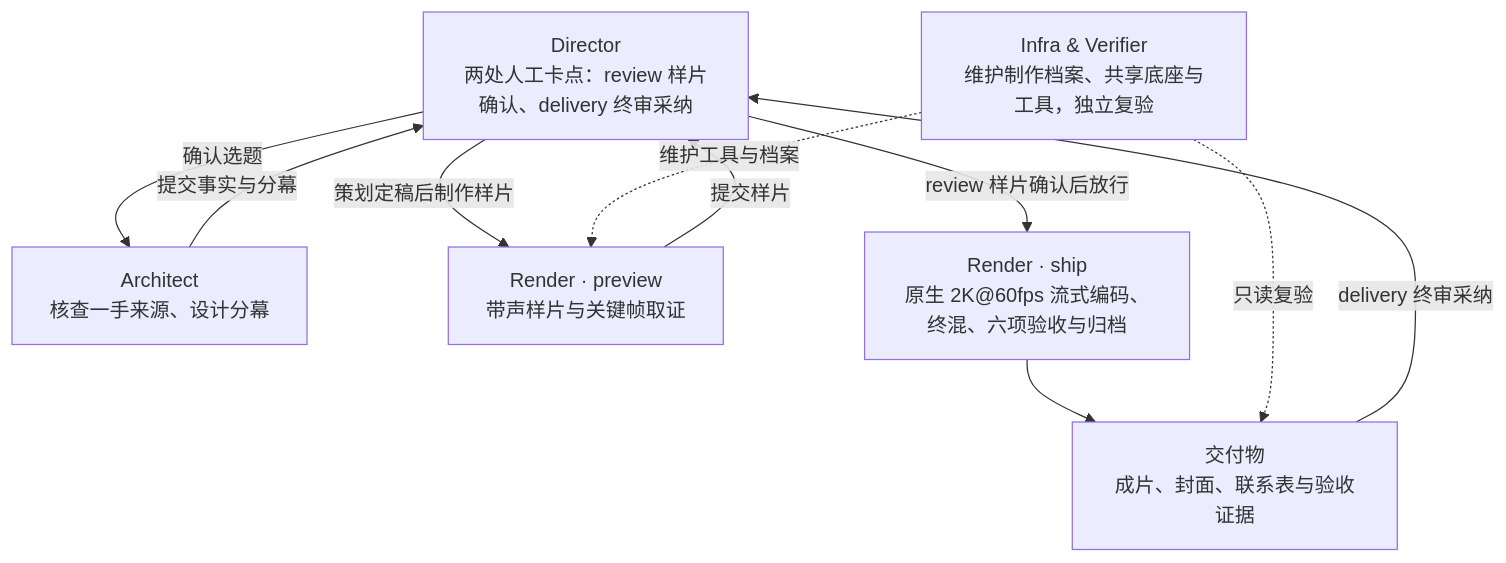
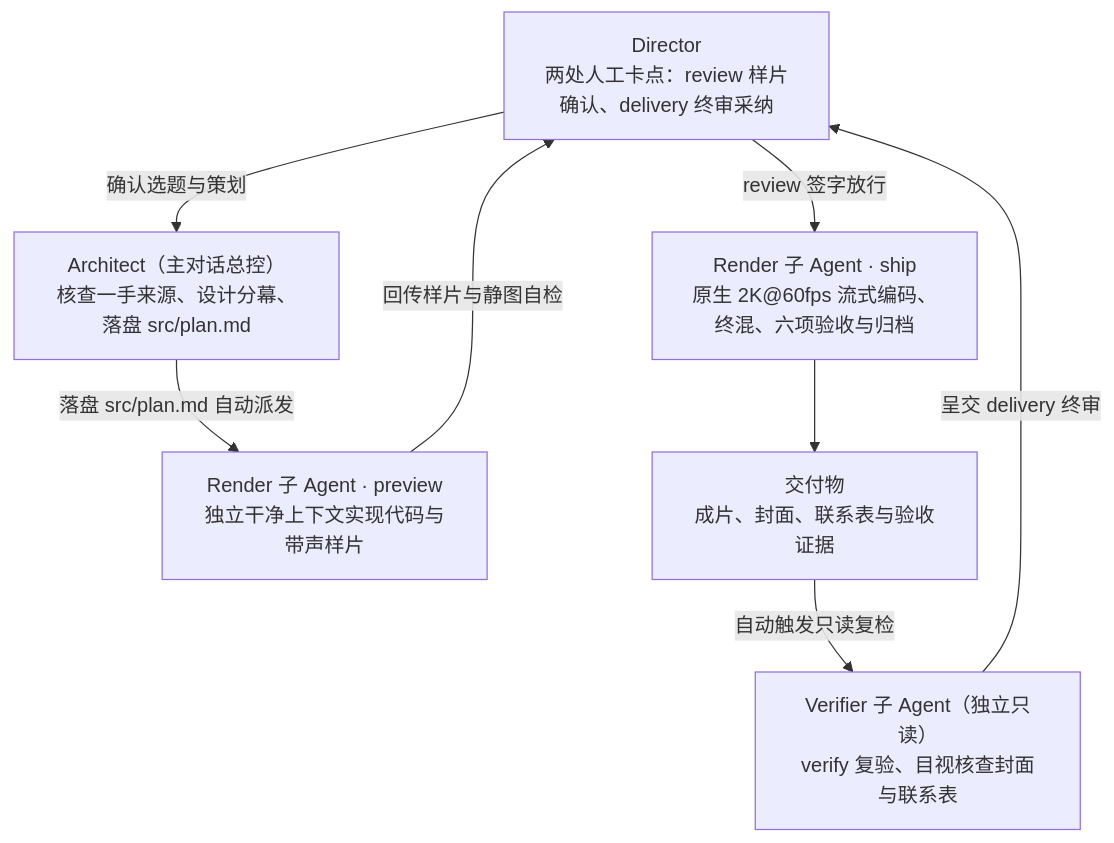
Before and after one commit to Heersley/MakeYourVideo: the diagram in README.md, drawn with Mermaid. The commit also changed other lines of this file and 11 other files, not shown here.

````diff
--- a/README.md
+++ b/README.md
@@ -11,18 +11,16 @@
 ```mermaid
 flowchart TB
     U["Director<br/>两处人工卡点：review 样片确认、delivery 终审采纳"]
-    A["Architect<br/>核查一手来源、设计分幕"]
-    P["Render · preview<br/>带声样片与关键帧取证"]
-    S["Render · ship<br/>原生 2K@60fps 流式编码、终混、六项验收与归档"]
-    I["Infra & Verifier<br/>维护制作档案、共享底座与工具，独立复验"]
+    A["Architect（主对话总控）<br/>核查一手来源、设计分幕、落盘 src/plan.md"]
+    P["Render 子 Agent · preview<br/>独立干净上下文实现代码与带声样片"]
+    S["Render 子 Agent · ship<br/>原生 2K@60fps 流式编码、终混、六项验收与归档"]
+    V["Verifier 子 Agent（独立只读）<br/>verify 复验、目视核查封面与联系表"]
     O["交付物<br/>成片、封面、联系表与验收证据"]
-    U -->|"确认选题"| A
-    A -->|"提交事实与分幕"| U
-    U -->|"策划定稿后制作样片"| P
-    P -->|"提交样片"| U
-    U -->|"review 样片确认后放行"| S
+    U -->|"确认选题与策划"| A
+    A -->|"落盘 src/plan.md 自动派发"| P
+    P -->|"回传样片与静图自检"| U
+    U -->|"review 签字放行"| S
     S --> O
-    O -->|"delivery 终审采纳"| U
-    I -.->|"维护工具与档案"| P
-    I -.->|"只读复验"| O
+    O -->|"自动触发只读复检"| V
+    V -->|"呈交 delivery 终审"| U
 ```
````
